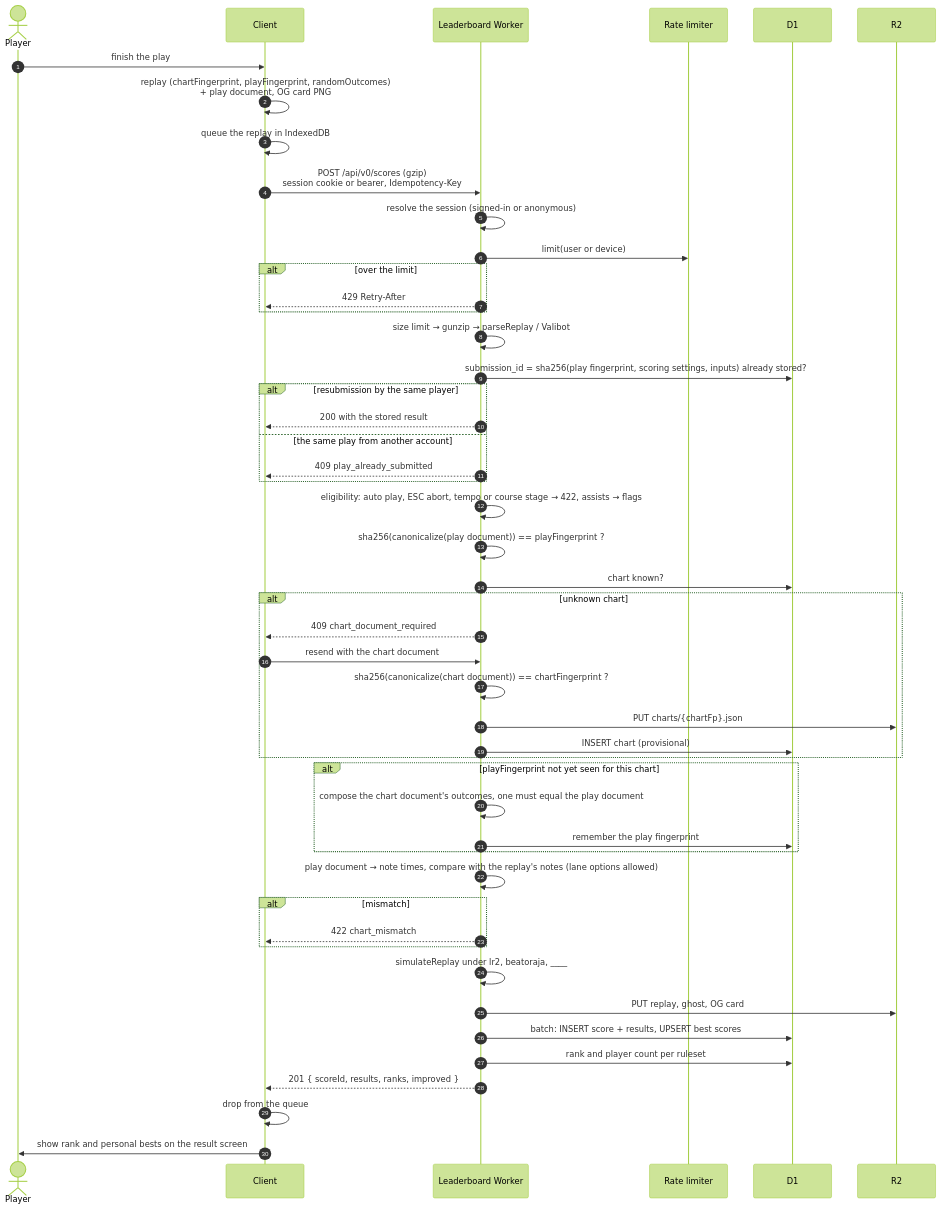
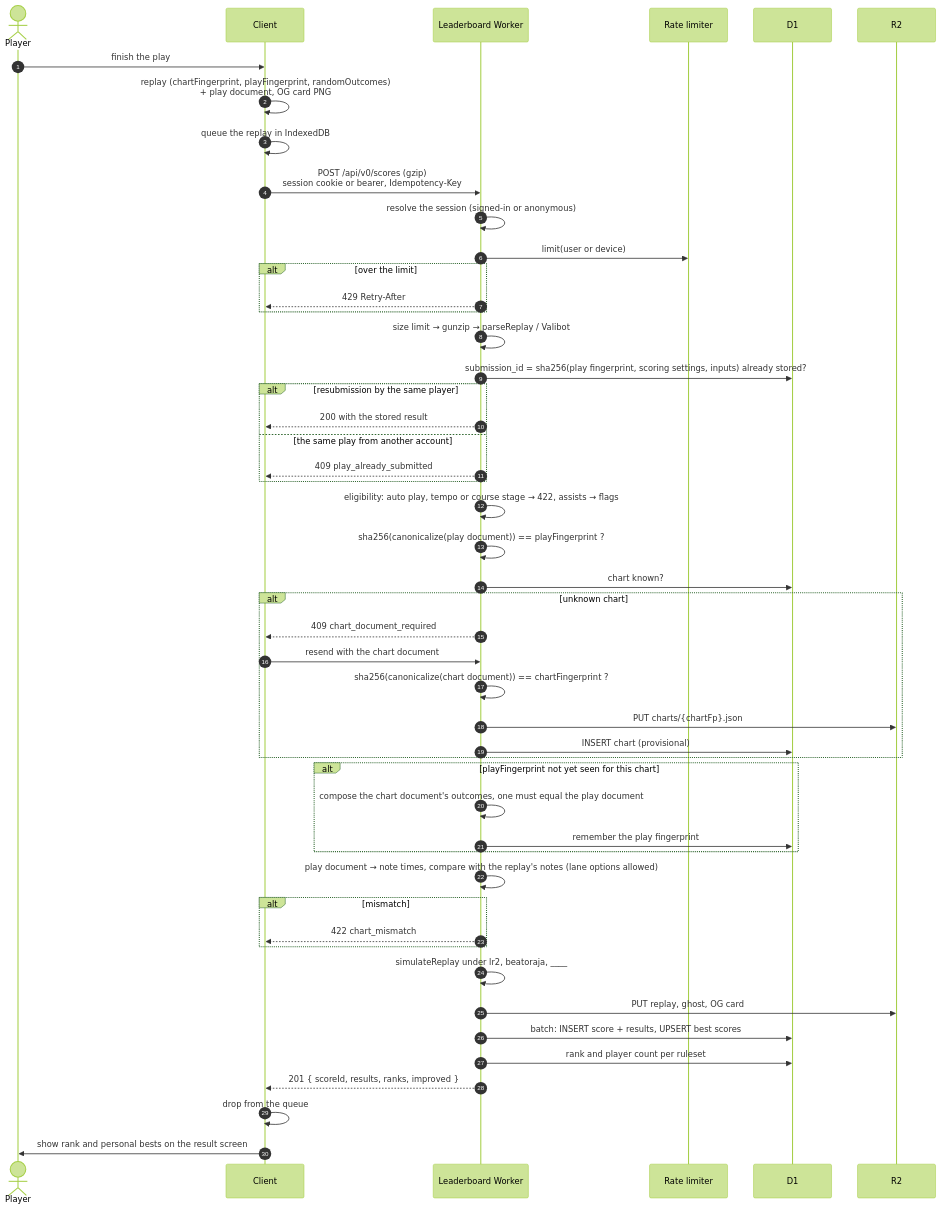
The second of 4 diagrams in docs/leaderboard.md (nulltask/be-music), drawn with Mermaid (forest theme) before and after one commit. The commit also changed other lines of this file and 5 other files, not shown here.

````diff
--- a/docs/leaderboard.md
+++ b/docs/leaderboard.md
@@ -131,52 +131,52 @@
 ```mermaid
 sequenceDiagram
     autonumber
     actor P as Player
     participant C as Client
     participant A as Leaderboard Worker
     participant RL as Rate limiter
     participant D as D1
     participant R as R2
 
     P->>C: finish the play
     C->>C: replay (chartFingerprint, playFingerprint, randomOutcomes)<br/>+ play document, OG card PNG
     C->>C: queue the replay in IndexedDB
     C->>A: POST /api/v0/scores (gzip)<br/>session cookie or bearer, Idempotency-Key
     A->>A: resolve the session (signed-in or anonymous)
     A->>RL: limit(user or device)
     alt over the limit
         A-->>C: 429 Retry-After
     end
     A->>A: size limit → gunzip → parseReplay / Valibot
     A->>D: submission_id = sha256(play fingerprint, scoring settings, inputs) already stored?
     alt resubmission by the same player
         A-->>C: 200 with the stored result
     else the same play from another account
         A-->>C: 409 play_already_submitted
     end
-    A->>A: eligibility: auto play, ESC abort, tempo or course stage → 422, assists → flags
+    A->>A: eligibility: auto play, tempo or course stage → 422, assists → flags
     A->>A: sha256(canonicalize(play document)) == playFingerprint ?
     A->>D: chart known?
     alt unknown chart
         A-->>C: 409 chart_document_required
         C->>A: resend with the chart document
         A->>A: sha256(canonicalize(chart document)) == chartFingerprint ?
         A->>R: PUT charts/{chartFp}.json
         A->>D: INSERT chart (provisional)
     end
     alt playFingerprint not yet seen for this chart
         A->>A: compose the chart document's outcomes, one must equal the play document
         A->>D: remember the play fingerprint
     end
     A->>A: play document → note times, compare with the replay's notes (lane options allowed)
     alt mismatch
         A-->>C: 422 chart_mismatch
     end
     A->>A: simulateReplay under lr2, beatoraja, ____
     A->>R: PUT replay, ghost, OG card
     A->>D: batch: INSERT score + results, UPSERT best scores
     A->>D: rank and player count per ruleset
     A-->>C: 201 { scoreId, results, ranks, improved }
     C->>C: drop from the queue
     C->>P: show rank and personal bests on the result screen
 ```
````
